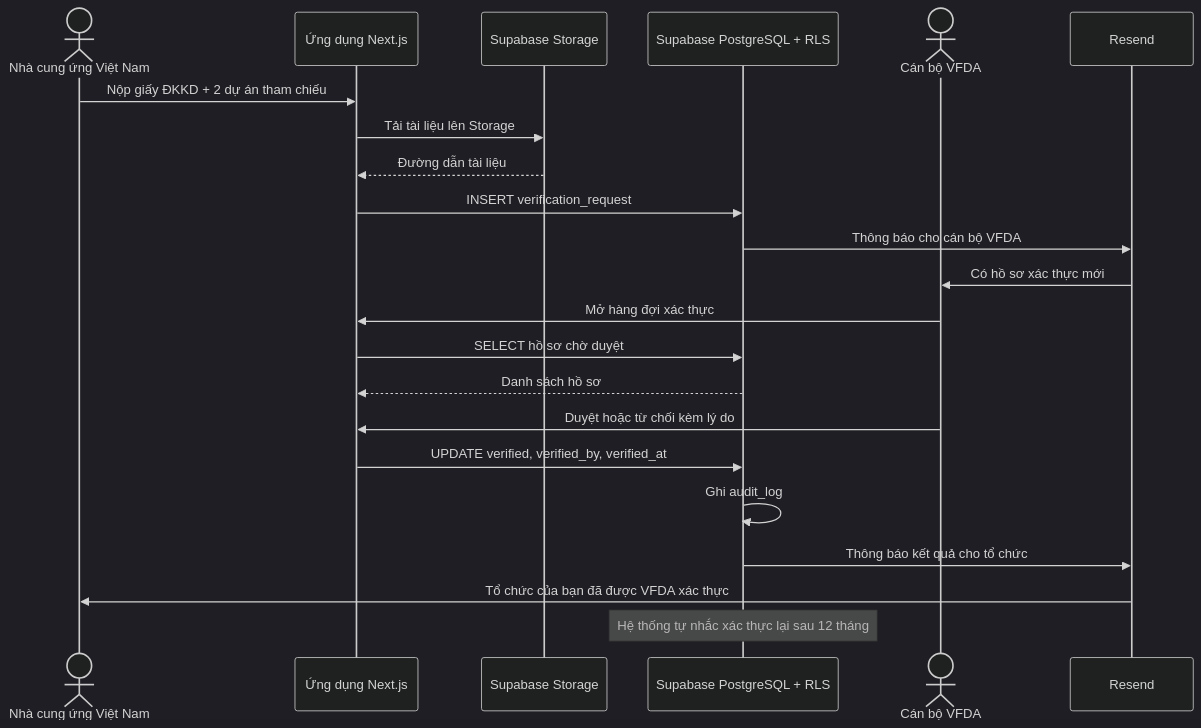
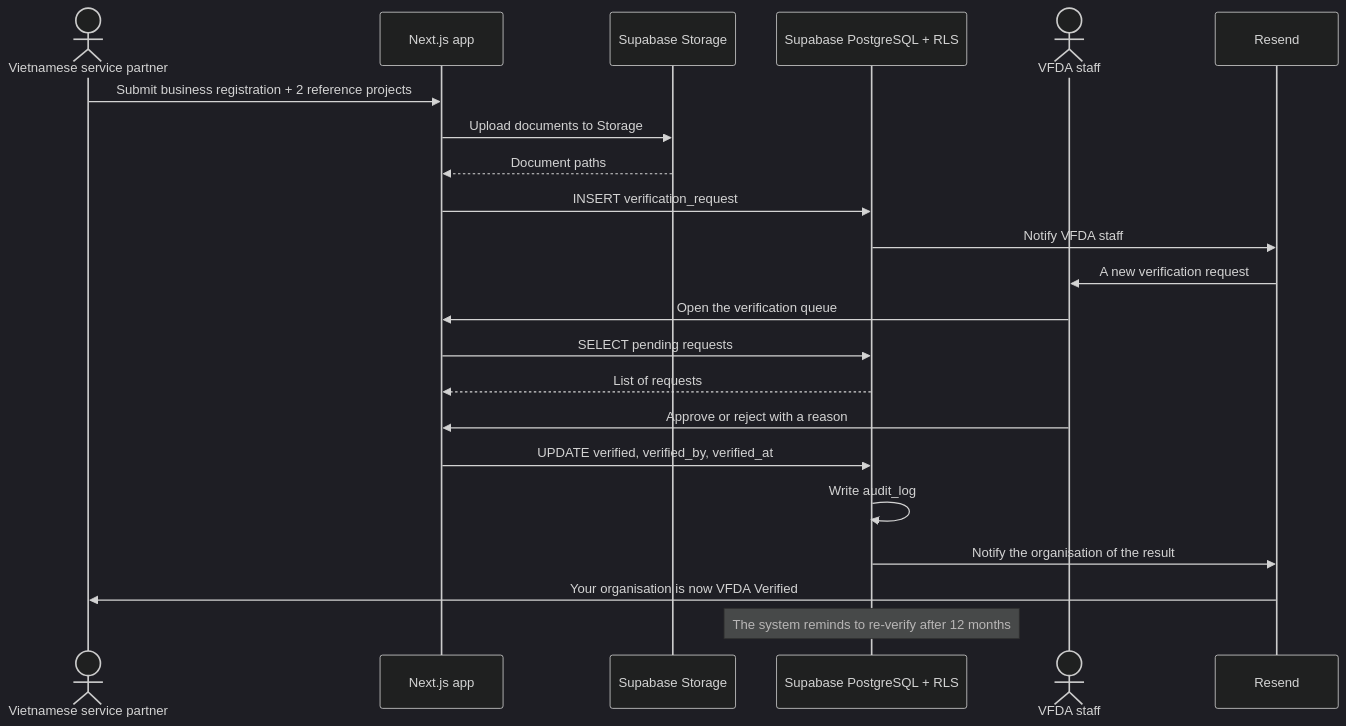
The seventh of 12 diagrams in docs/architecture/sequence-diagrams.md (namnt2005/CINEMATCH-DBIZ3.TeamC), drawn with Mermaid (dark theme) before and after one commit. The commit also changed other lines of this file and 92 other files, not shown here.

````diff
--- a/docs/architecture/sequence-diagrams.md
+++ b/docs/architecture/sequence-diagrams.md
@@ -201,25 +202,25 @@
 ```mermaid
 sequenceDiagram
-    actor PT as Nhà cung ứng Việt Nam
-    participant FE as Ứng dụng Next.js
+    actor PT as Vietnamese service partner
+    participant FE as Next.js app
     participant ST as Supabase Storage
     participant DB as Supabase PostgreSQL + RLS
-    actor VF as Cán bộ VFDA
+    actor VF as VFDA staff
     participant MAIL as Resend
 
-    PT->>FE: Nộp giấy ĐKKD + 2 dự án tham chiếu
-    FE->>ST: Tải tài liệu lên Storage
-    ST-->>FE: Đường dẫn tài liệu
+    PT->>FE: Submit business registration + 2 reference projects
+    FE->>ST: Upload documents to Storage
+    ST-->>FE: Document paths
     FE->>DB: INSERT verification_request
-    DB->>MAIL: Thông báo cho cán bộ VFDA
-    MAIL->>VF: Có hồ sơ xác thực mới
-    VF->>FE: Mở hàng đợi xác thực
-    FE->>DB: SELECT hồ sơ chờ duyệt
-    DB-->>FE: Danh sách hồ sơ
-    VF->>FE: Duyệt hoặc từ chối kèm lý do
+    DB->>MAIL: Notify VFDA staff
+    MAIL->>VF: A new verification request
+    VF->>FE: Open the verification queue
+    FE->>DB: SELECT pending requests
+    DB-->>FE: List of requests
+    VF->>FE: Approve or reject with a reason
     FE->>DB: UPDATE verified, verified_by, verified_at
-    DB->>DB: Ghi audit_log
-    DB->>MAIL: Thông báo kết quả cho tổ chức
-    MAIL->>PT: Tổ chức của bạn đã được VFDA xác thực
-    Note over DB: Hệ thống tự nhắc xác thực lại sau 12 tháng
+    DB->>DB: Write audit_log
+    DB->>MAIL: Notify the organisation of the result
+    MAIL->>PT: Your organisation is now VFDA Verified
+    Note over DB: The system reminds to re-verify after 12 months
 ```
````
